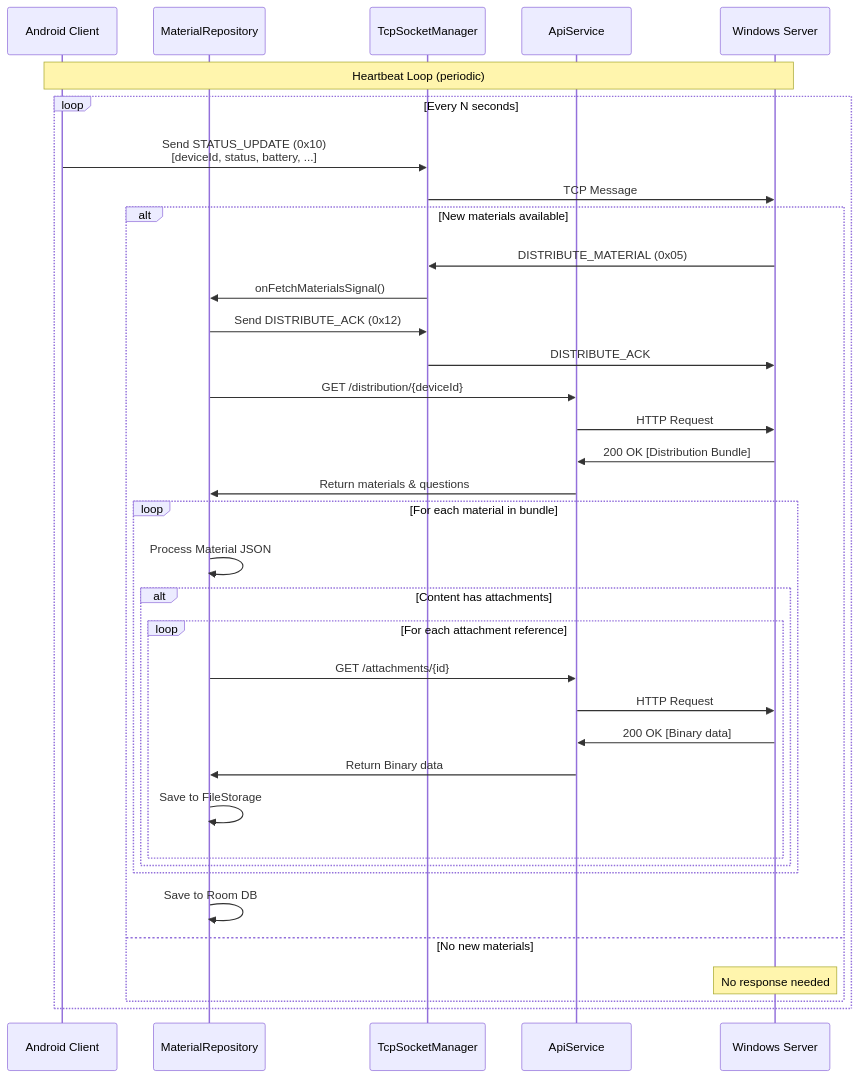
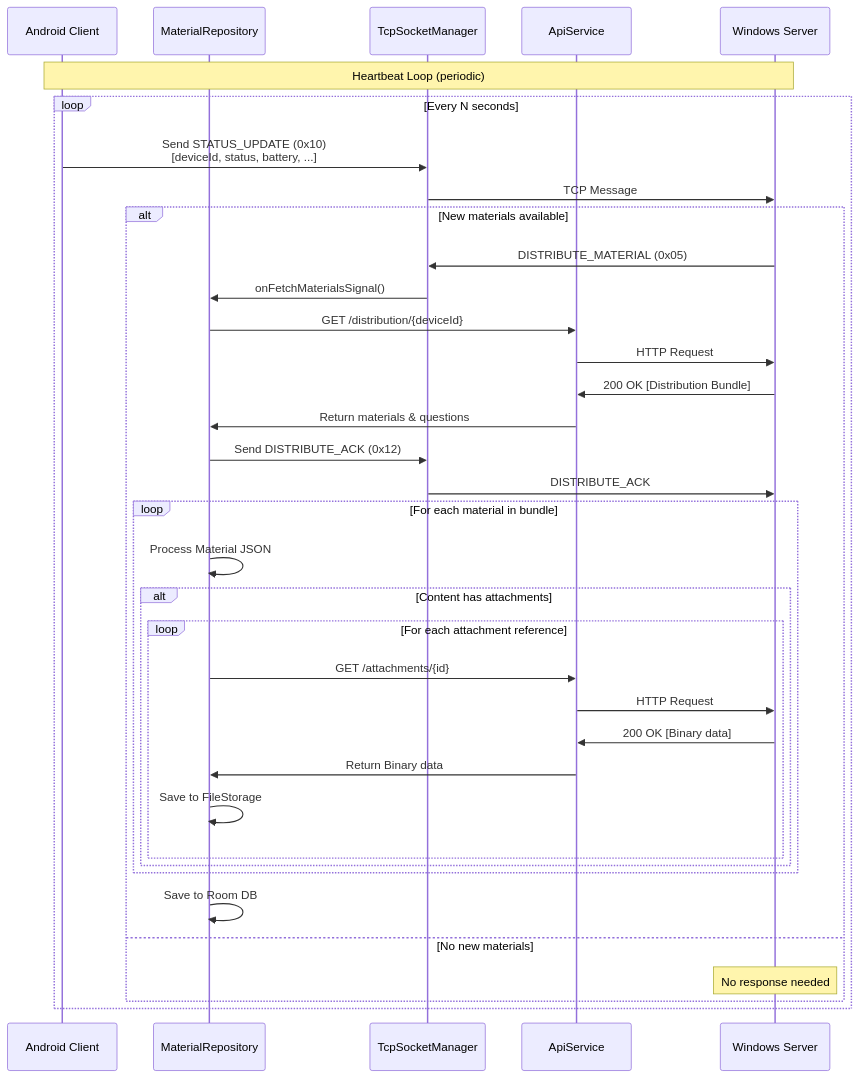
Before and after one commit to raphaellith/Manuscripta: the third of 13 diagrams in docs/Android System Design.md, drawn with Mermaid. The commit also changed other lines of this file and 1 other file, not shown here.

First line of the commit message:
docs: update material distribution sequence and consolidate protocol documentation

````diff
--- a/docs/Android System Design.md
+++ b/docs/Android System Design.md
@@ -125,43 +125,43 @@
 ```mermaid
 sequenceDiagram
     participant A as Android Client
     participant MR as MaterialRepository
     participant TCP as TcpSocketManager
     participant HTTP as ApiService
     participant W as Windows Server
     
     Note over A,W: Heartbeat Loop (periodic)
     loop Every N seconds
         A->>TCP: Send STATUS_UPDATE (0x10)<br/>[deviceId, status, battery, ...]
         TCP->>W: TCP Message
         
         alt New materials available
             W->>TCP: DISTRIBUTE_MATERIAL (0x05)
             TCP->>MR: onFetchMaterialsSignal()
-            MR->>TCP: Send DISTRIBUTE_ACK (0x12)
-            TCP->>W: DISTRIBUTE_ACK
             MR->>HTTP: GET /distribution/{deviceId}
             HTTP->>W: HTTP Request
             W->>HTTP: 200 OK [Distribution Bundle]
             HTTP->>MR: Return materials & questions
+            MR->>TCP: Send DISTRIBUTE_ACK (0x12)
+            TCP->>W: DISTRIBUTE_ACK
             
             loop For each material in bundle
                 MR->>MR: Process Material JSON
                 
                 alt Content has attachments
                     loop For each attachment reference
                         MR->>HTTP: GET /attachments/{id}
                         HTTP->>W: HTTP Request
                         W->>HTTP: 200 OK [Binary data]
                         HTTP->>MR: Return Binary data
                         MR->>MR: Save to FileStorage
                     end
                 end
             end
             
             MR->>MR: Save to Room DB
         else No new materials
             Note over W: No response needed
         end
     end
 ```
````
